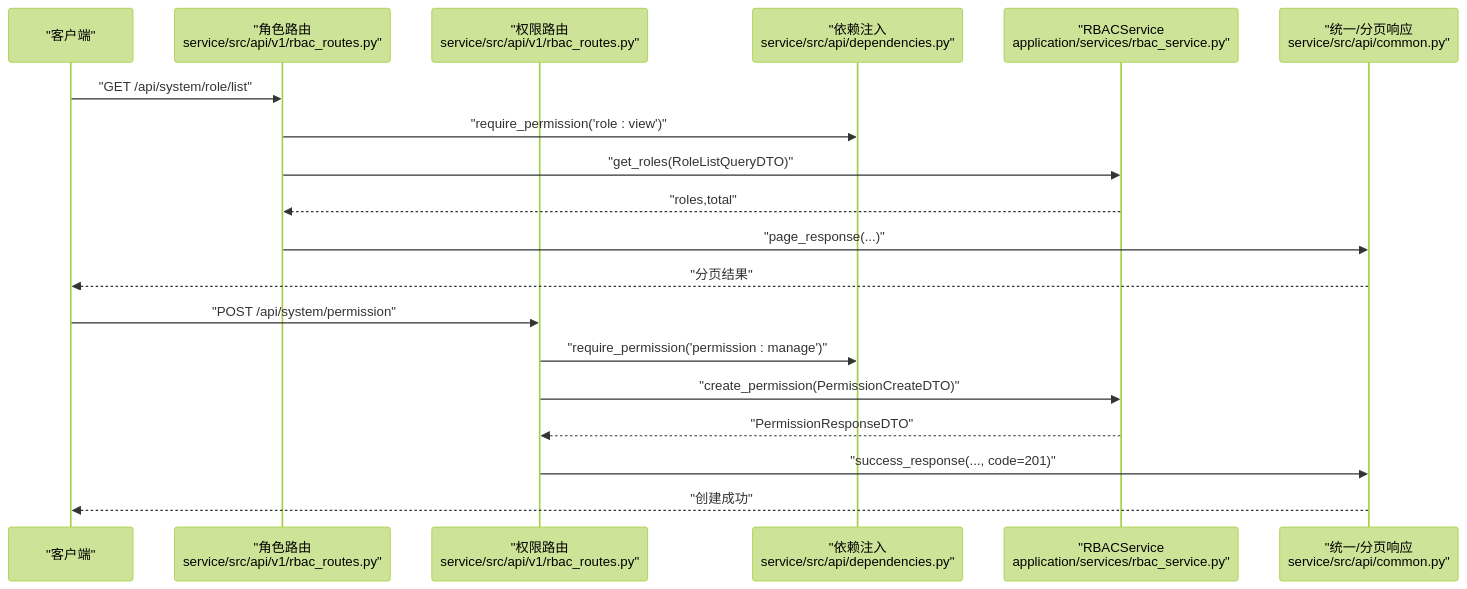
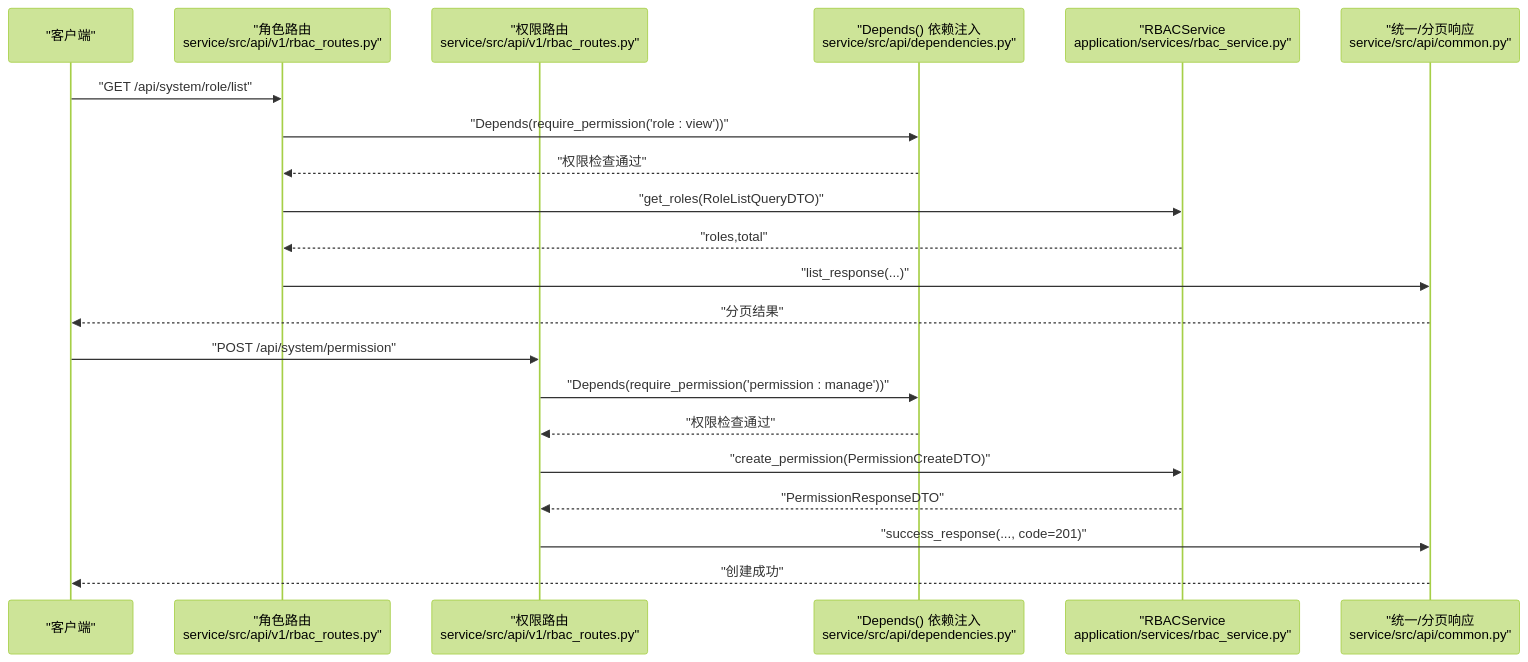
One commit to taoweidong/Hello-FastApi changed the fifth of 9 diagrams in .qoder/repowiki/zh/content/后端架构设计/DDD 分层架构详解/表现层（API Routes）.md. Above: the diagram before and after it, drawn with Mermaid (forest theme). The commit also changed other lines of this file and 18 other files, not shown here.

````diff
--- a/.qoder/repowiki/zh/content/后端架构设计/DDD 分层架构详解/表现层（API Routes）.md
+++ b/.qoder/repowiki/zh/content/后端架构设计/DDD 分层架构详解/表现层（API Routes）.md
@@ -237,21 +262,23 @@
 ```mermaid
 sequenceDiagram
 participant Client as "客户端"
 participant Role as "角色路由<br/>service/src/api/v1/rbac_routes.py"
 participant Perm as "权限路由<br/>service/src/api/v1/rbac_routes.py"
-participant Dep as "依赖注入<br/>service/src/api/dependencies.py"
+participant Dep as "Depends() 依赖注入<br/>service/src/api/dependencies.py"
 participant Svc as "RBACService<br/>application/services/rbac_service.py"
 participant Resp as "统一/分页响应<br/>service/src/api/common.py"
 Client->>Role : "GET /api/system/role/list"
-Role->>Dep : "require_permission('role : view')"
+Role->>Dep : "Depends(require_permission('role : view'))"
+Dep-->>Role : "权限检查通过"
 Role->>Svc : "get_roles(RoleListQueryDTO)"
 Svc-->>Role : "roles,total"
-Role->>Resp : "page_response(...)"
+Role->>Resp : "list_response(...)"
 Resp-->>Client : "分页结果"
 Client->>Perm : "POST /api/system/permission"
-Perm->>Dep : "require_permission('permission : manage')"
+Perm->>Dep : "Depends(require_permission('permission : manage'))"
+Dep-->>Perm : "权限检查通过"
 Perm->>Svc : "create_permission(PermissionCreateDTO)"
 Svc-->>Perm : "PermissionResponseDTO"
 Perm->>Resp : "success_response(..., code=201)"
 Resp-->>Client : "创建成功"
 ```
````
